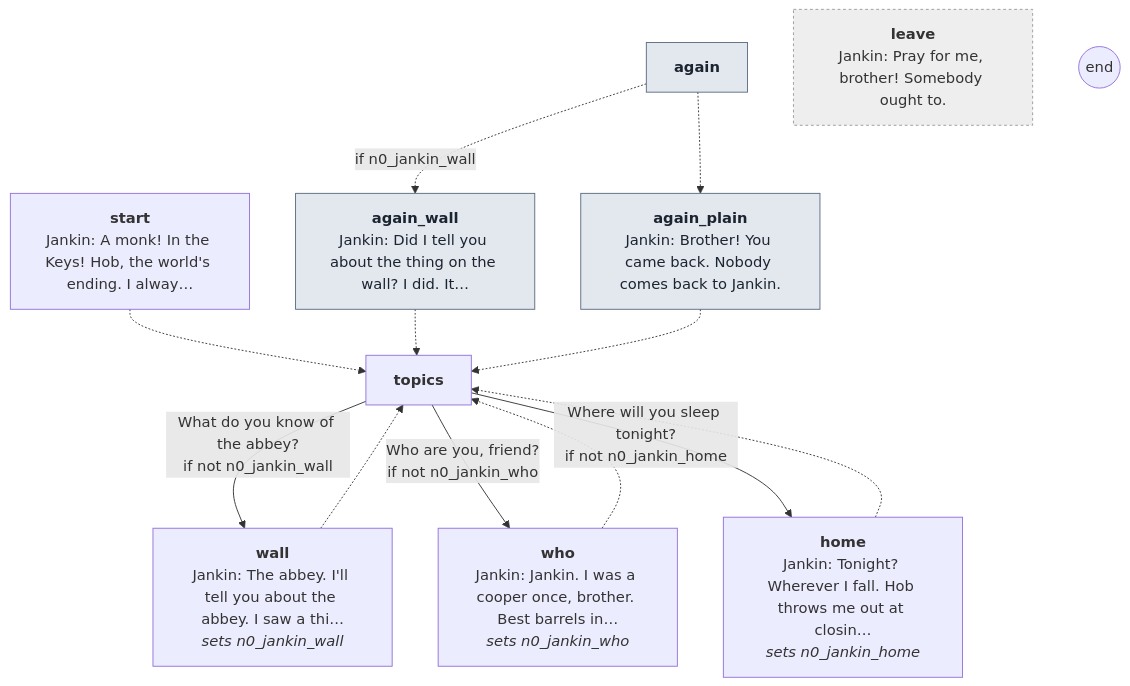
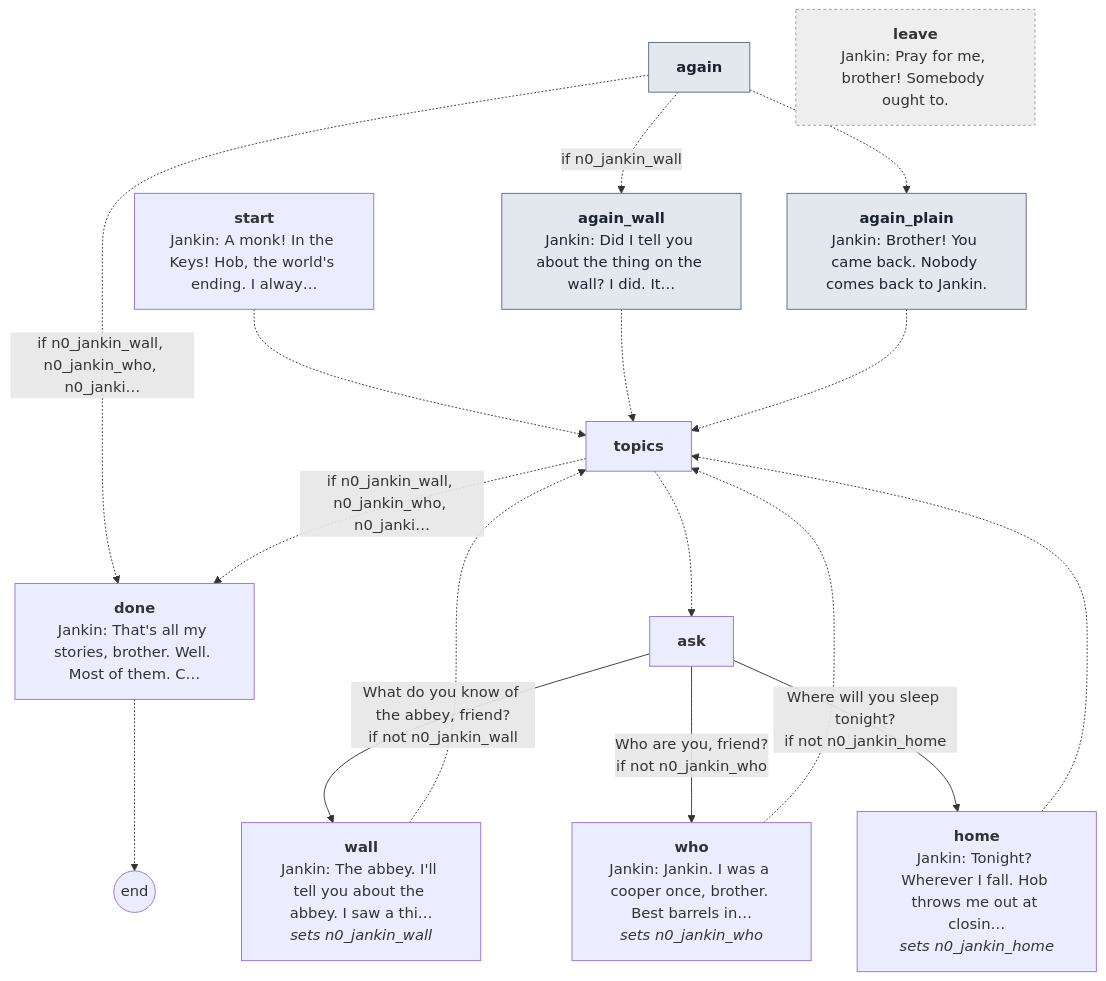
One commit to toastynaan/the-porter changed the sixth of 15 diagrams in docs/script/night0.md. Above: the diagram before and after it, drawn with Mermaid. The commit also changed other lines of this file and 28 other files, not shown here.

````diff
--- a/docs/script/night0.md
+++ b/docs/script/night0.md
@@ -564,31 +693,37 @@
 ```mermaid
 flowchart TD
   p_start["<b>start</b><br/>Jankin: A monk! In the Keys! Hob, the world's ending. I alway…"]
   p_again["<b>again</b>"]
   p_again_wall["<b>again_wall</b><br/>Jankin: Did I tell you about the thing on the wall? I did. It…"]
   p_again_plain["<b>again_plain</b><br/>Jankin: Brother! You came back. Nobody comes back to Jankin."]
   p_topics["<b>topics</b>"]
+  p_ask["<b>ask</b>"]
   p_wall["<b>wall</b><br/>Jankin: The abbey. I'll tell you about the abbey. I saw a thi…<br/><i>sets n0_jankin_wall</i>"]
   p_who["<b>who</b><br/>Jankin: Jankin. I was a cooper once, brother. Best barrels in…<br/><i>sets n0_jankin_who</i>"]
   p_home["<b>home</b><br/>Jankin: Tonight? Wherever I fall. Hob throws me out at closin…<br/><i>sets n0_jankin_home</i>"]
+  p_done["<b>done</b><br/>Jankin: That's all my stories, brother. Well. Most of them. C…"]
   p_leave["<b>leave</b><br/>Jankin: Pray for me, brother! Somebody ought to."]
   end_((end))
   p_start -.-> p_topics
+  p_again -.->|"if n0_jankin_wall, n0_jankin_who, n0_janki…"| p_done
   p_again -.->|"if n0_jankin_wall"| p_again_wall
   p_again -.-> p_again_plain
   p_again_wall -.-> p_topics
   p_again_plain -.-> p_topics
-  p_topics -->|"What do you know of the abbey?<br/>if not n0_jankin_wall"| p_wall
-  p_topics -->|"Who are you, friend?<br/>if not n0_jankin_who"| p_who
-  p_topics -->|"Where will you sleep tonight?<br/>if not n0_jankin_home"| p_home
+  p_topics -.->|"if n0_jankin_wall, n0_jankin_who, n0_janki…"| p_done
+  p_topics -.-> p_ask
+  p_ask -->|"What do you know of the abbey, friend?<br/>if not n0_jankin_wall"| p_wall
+  p_ask -->|"Who are you, friend?<br/>if not n0_jankin_who"| p_who
+  p_ask -->|"Where will you sleep tonight?<br/>if not n0_jankin_home"| p_home
   p_wall -.-> p_topics
   p_who -.-> p_topics
   p_home -.-> p_topics
+  p_done -.-> end_
   classDef claim fill:#f3e3b5,stroke:#9a6b1a,color:#2b2116
   classDef again fill:#e3e8ef,stroke:#5b6b80,color:#1c2430
   classDef leave fill:#eee,stroke:#999,color:#333,stroke-dasharray: 3 3
   class p_again again
   class p_again_wall again
   class p_again_plain again
   class p_leave leave
 ```
````
